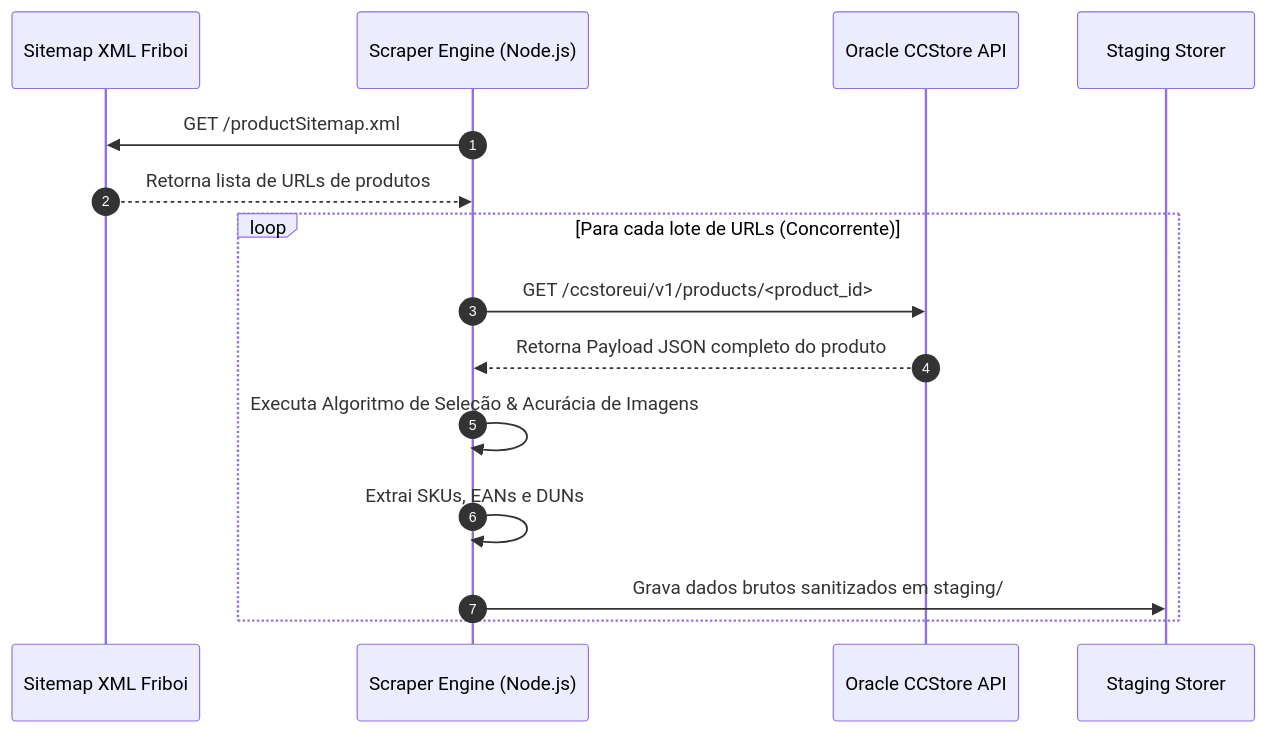
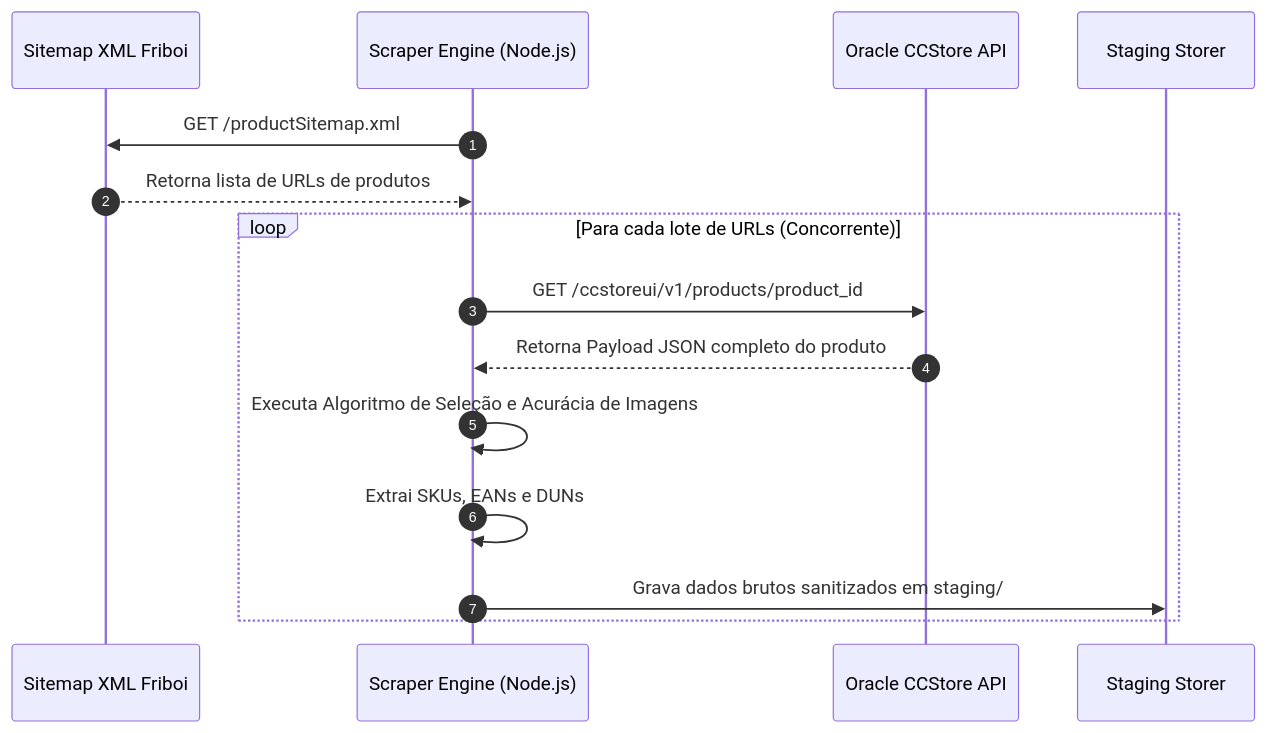
One commit to NaejBarbosa/paletscan-etl changed the diagram in docs/pipeline-friboi.md. Above: the diagram before and after it, drawn with Mermaid. The commit also changed other lines of this file and 5 other files, not shown here.

Commit message:
fix(docs): corrige sintaxe dos diagramas Mermaid escapando aspas e caracteres especiais

````diff
--- a/docs/pipeline-friboi.md
+++ b/docs/pipeline-friboi.md
@@ -11,18 +11,18 @@
 ```mermaid
 sequenceDiagram
     autonumber
     participant Sitemap as Sitemap XML Friboi
     participant Scraper as Scraper Engine (Node.js)
     participant CCStore as Oracle CCStore API
     participant Staging as Staging Storer
 
     Scraper->>Sitemap: GET /productSitemap.xml
     Sitemap-->>Scraper: Retorna lista de URLs de produtos
     loop Para cada lote de URLs (Concorrente)
-        Scraper->>CCStore: GET /ccstoreui/v1/products/<product_id>
+        Scraper->>CCStore: GET /ccstoreui/v1/products/product_id
         CCStore-->>Scraper: Retorna Payload JSON completo do produto
-        Scraper->>Scraper: Executa Algoritmo de Seleção & Acurácia de Imagens
+        Scraper->>Scraper: Executa Algoritmo de Seleção e Acurácia de Imagens
         Scraper->>Scraper: Extrai SKUs, EANs e DUNs
         Scraper->>Staging: Grava dados brutos sanitizados em staging/
     end
 ```
````
